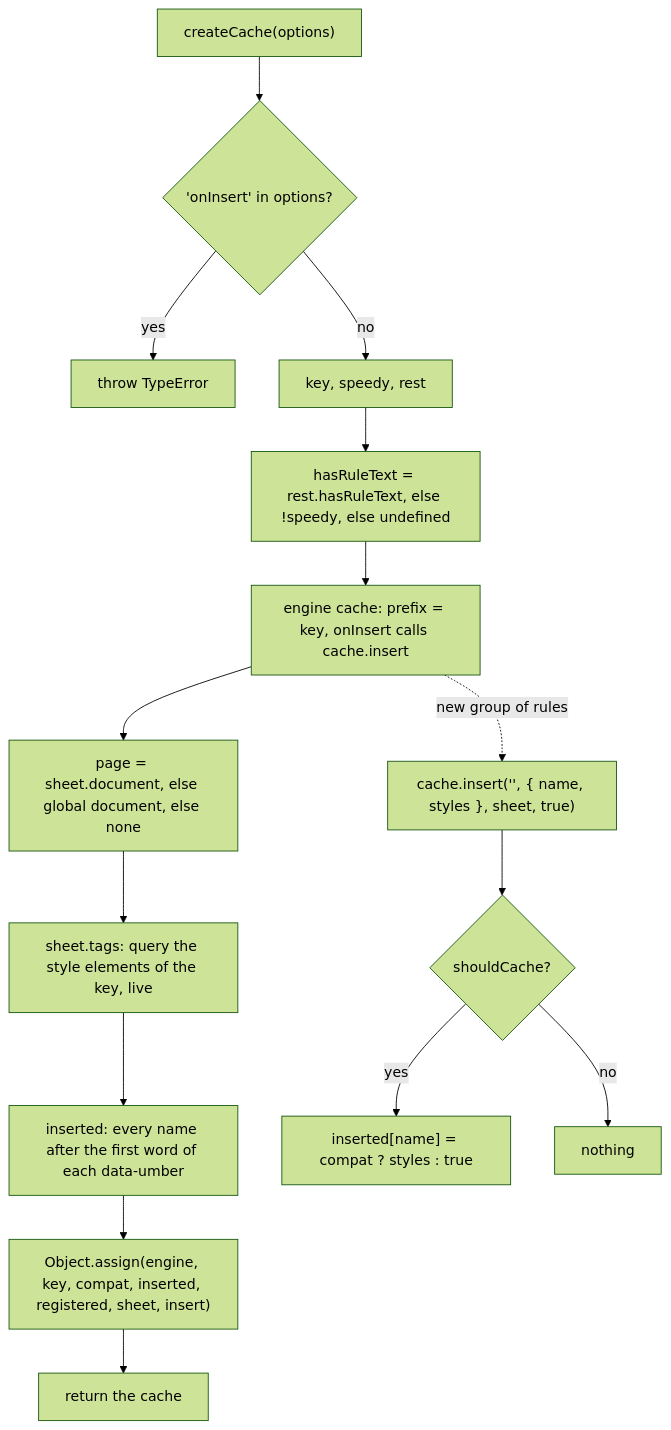
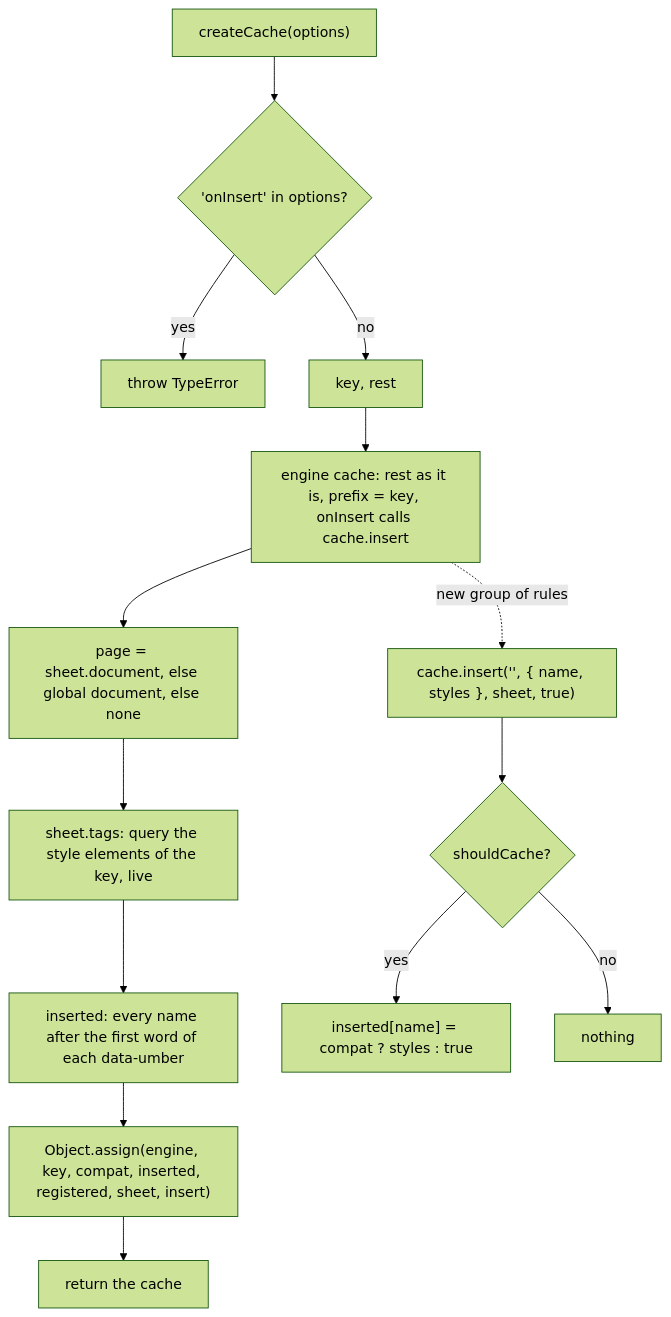
Before and after one commit to soroush-tech/umber-style: the diagram in packages/cache/src/index.md, drawn with Mermaid (forest theme). The commit also changed other lines of this file and 85 other files, not shown here.

Commit message:
feat: outside production each rule is written as text in a style element of its own, the option is named speedy, and a nested theme leaves the tokens it does not change to the theme of the page - close #52

````diff
--- a/packages/cache/src/index.md
+++ b/packages/cache/src/index.md
@@ -20,17 +20,16 @@
 ```mermaid
 flowchart TD
   call["createCache(options)"] --> hasOnInsert{"'onInsert' in options?"}
   hasOnInsert -->|yes| throwTE["throw TypeError"]
-  hasOnInsert -->|no| split["key, speedy, rest"]
-  split --> ruleText["hasRuleText = rest.hasRuleText, else !speedy, else undefined"]
-  ruleText --> engine["engine cache: prefix = key, onInsert calls cache.insert"]
+  hasOnInsert -->|no| split["key, rest"]
+  split --> engine["engine cache: rest as it is, prefix = key, onInsert calls cache.insert"]
   engine --> page["page = sheet.document, else global document, else none"]
   page --> sheetObj["sheet.tags: query the style elements of the key, live"]
   sheetObj --> seed["inserted: every name after the first word of each data-umber"]
   seed --> assign["Object.assign(engine, key, compat, inserted, registered, sheet, insert)"]
   assign --> ret["return the cache"]
   engine -.->|new group of rules| insertCall["cache.insert('', { name, styles }, sheet, true)"]
   insertCall --> cached{"shouldCache?"}
   cached -->|yes| record["inserted[name] = compat ? styles : true"]
   cached -->|no| nothing["nothing"]
 ```
````
